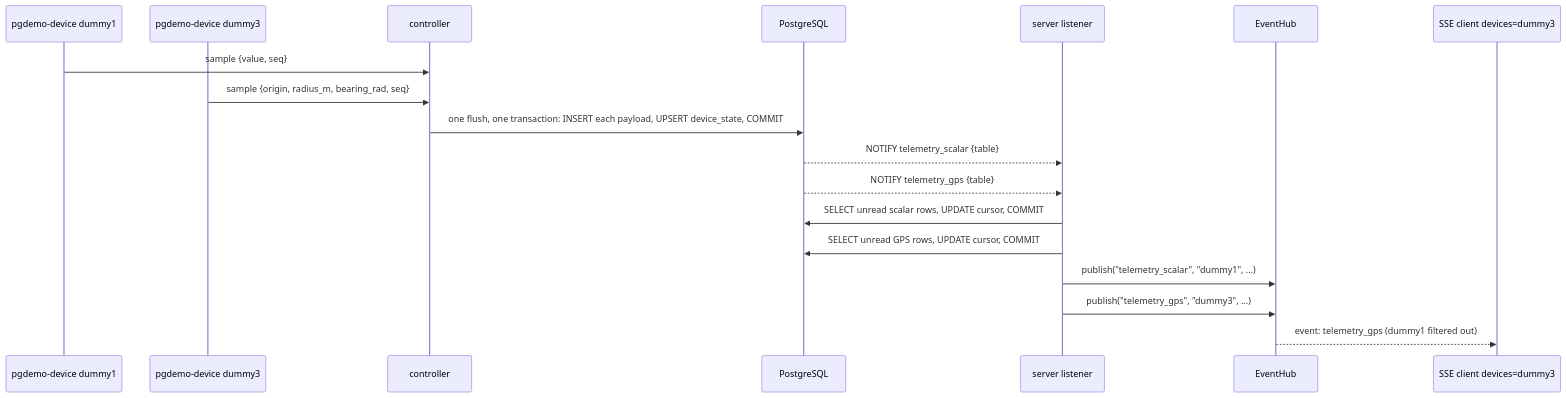
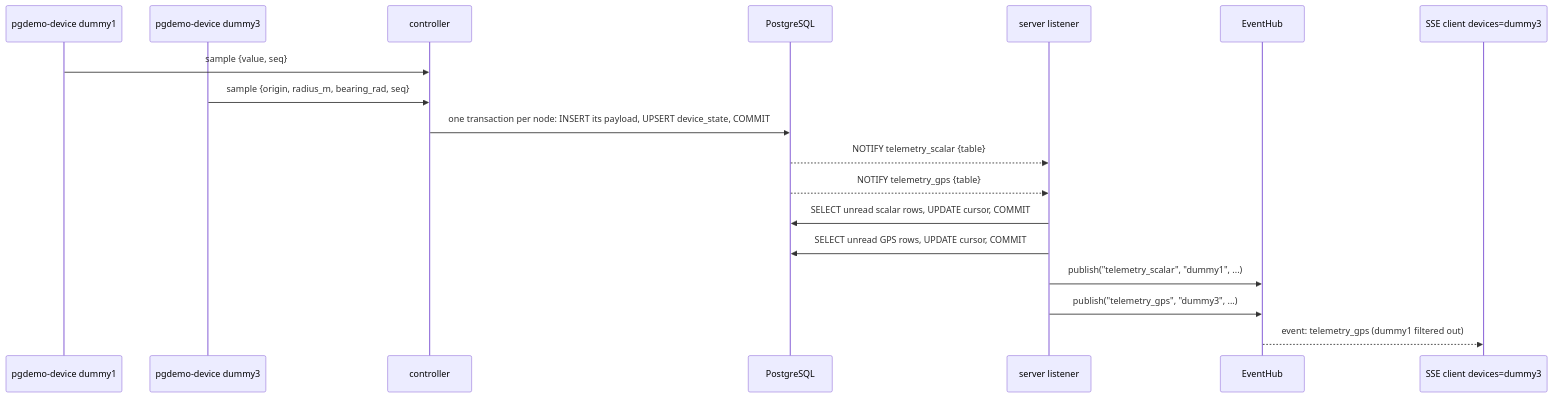
The second of 5 diagrams in docs/ARCHITECTURE.md (jgmatu/postgresql), drawn with Mermaid before and after one commit. The commit also changed other lines of this file and 3 other files, not shown here.

````diff
--- a/docs/ARCHITECTURE.md
+++ b/docs/ARCHITECTURE.md
@@ -97,20 +100,20 @@
 ```mermaid
 sequenceDiagram
     participant P1 as pgdemo-device dummy1
     participant P3 as pgdemo-device dummy3
     participant C as controller
     participant PG as PostgreSQL
     participant L as server listener
     participant H as EventHub
     participant B as SSE client devices=dummy3
     P1->>C: sample {value, seq}
     P3->>C: sample {origin, radius_m, bearing_rad, seq}
-    C->>PG: one flush, one transaction: INSERT each payload, UPSERT device_state, COMMIT
+    C->>PG: one transaction per node: INSERT its payload, UPSERT device_state, COMMIT
     PG-->>L: NOTIFY telemetry_scalar {table}
     PG-->>L: NOTIFY telemetry_gps {table}
     L->>PG: SELECT unread scalar rows, UPDATE cursor, COMMIT
     L->>PG: SELECT unread GPS rows, UPDATE cursor, COMMIT
     L->>H: publish("telemetry_scalar", "dummy1", ...)
     L->>H: publish("telemetry_gps", "dummy3", ...)
     H-->>B: event: telemetry_gps (dummy1 filtered out)
 ```
````
